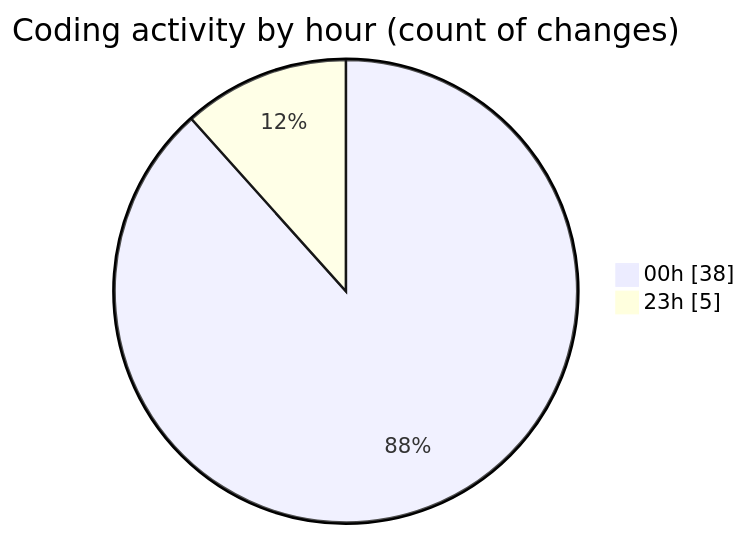
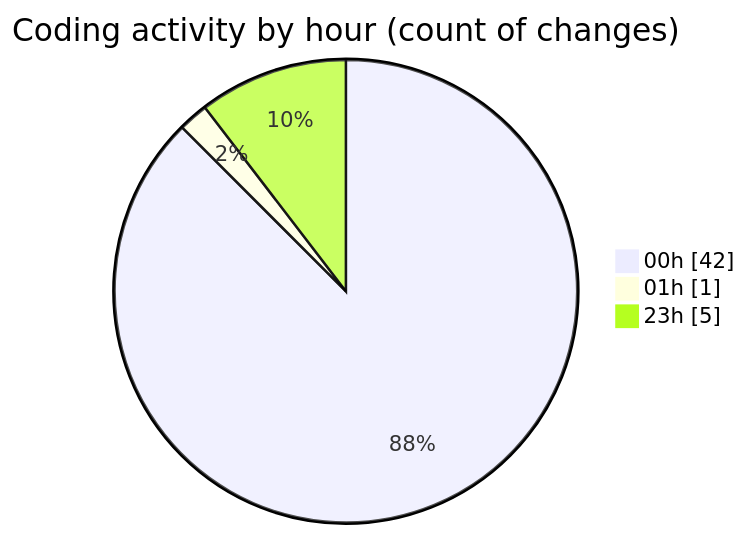
Before and after one commit to julien-gomy/code-tracking: the second of 2 diagrams in 2025-11-27/eventscop-frontend-guide__workspace_/README.md, drawn with Mermaid. The commit also changed other lines of this file and 1 other file, not shown here.

````diff
--- a/2025-11-27/eventscop-frontend-guide__workspace_/README.md
+++ b/2025-11-27/eventscop-frontend-guide__workspace_/README.md
@@ -43,6 +43,7 @@
 ```mermaid
 pie showData
 title Coding activity by hour (count of changes)
-"00h" : 38
+"00h" : 42
+"01h" : 1
 "23h" : 5
 ```
````
